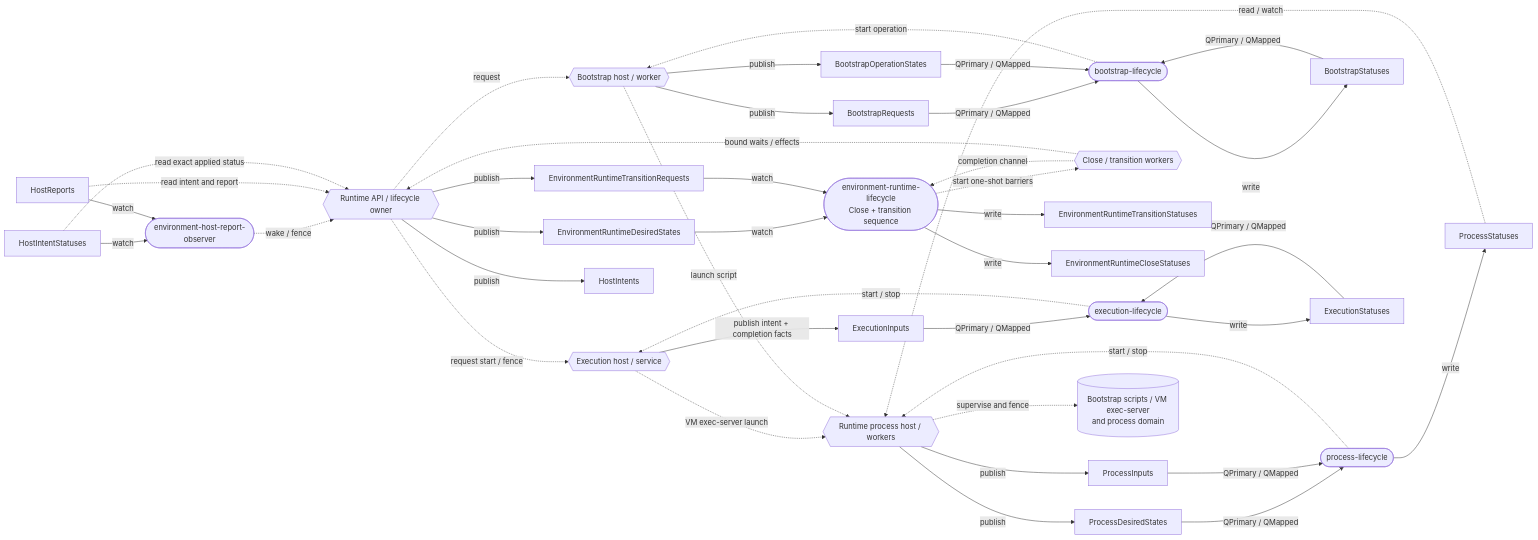
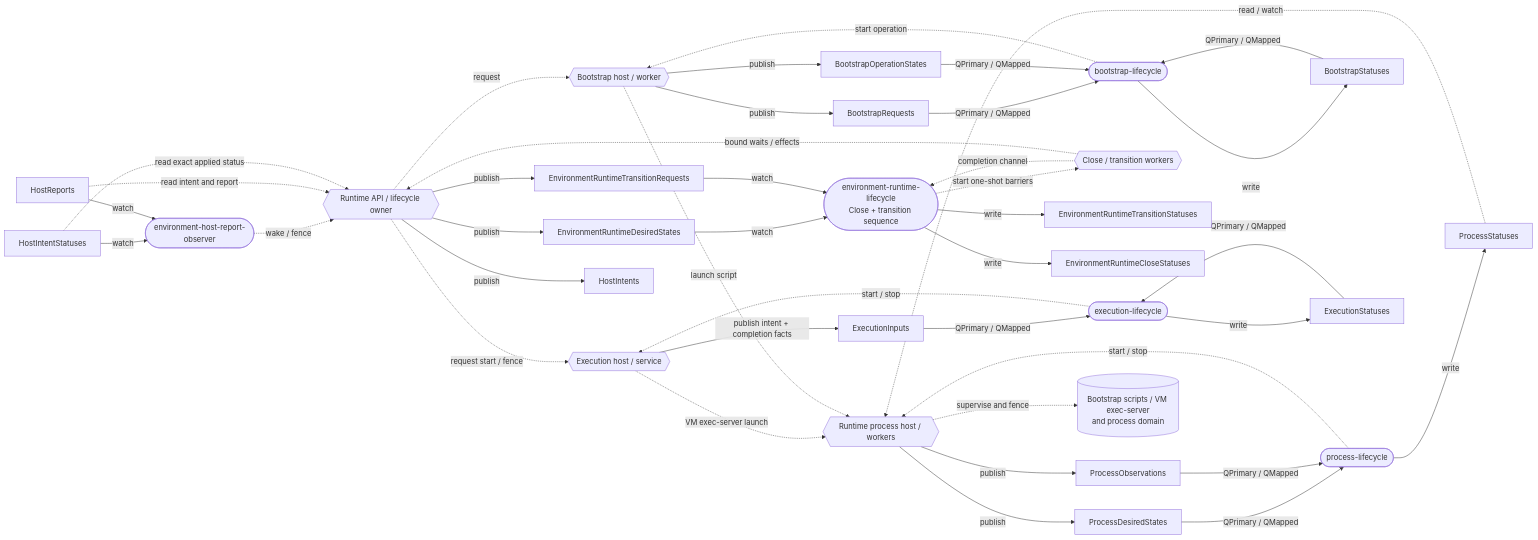
The first of 7 diagrams in agentplane/env/runtime/docs/cosi.md (agentydragon/ducktape), drawn with Mermaid before and after one commit. The commit also changed other lines of this file and 5 other files, not shown here.

````diff
--- a/agentplane/env/runtime/docs/cosi.md
+++ b/agentplane/env/runtime/docs/cosi.md
@@ -19,58 +19,58 @@
 ```mermaid
 flowchart LR
   API{{"Runtime API / lifecycle owner"}}
   BH{{"Bootstrap host / worker"}}
   PH{{"Runtime process host / workers"}}
   RC(["environment-runtime-lifecycle<br/>Close + transition sequence"])
   HO(["environment-host-report-observer"])
   BC(["bootstrap-lifecycle"])
   PC(["process-lifecycle"])
   EC(["execution-lifecycle"])
   EH{{"Execution host / service"}}
   CW{{"Close / transition workers"}}
   ED["EnvironmentRuntimeDesiredStates"]
   TR["EnvironmentRuntimeTransitionRequests"]
   TS["EnvironmentRuntimeTransitionStatuses"]
   CL["EnvironmentRuntimeCloseStatuses"]
   I["HostIntents"]
   IS["HostIntentStatuses"]
   R["HostReports"]
   BI["BootstrapRequests"]
   BO["BootstrapOperationStates"]
   BR["BootstrapStatuses"]
   PD["ProcessDesiredStates"]
-  PI["ProcessInputs"]
+  PI["ProcessObservations"]
   PS["ProcessStatuses"]
   EI["ExecutionInputs"]
   ER["ExecutionStatuses"]
   Native[("Bootstrap scripts / VM exec-server<br/>and process domain")]
 
   API -->|publish| ED & TR & I
   ED & TR -->|watch| RC
   RC -->|write| CL & TS
   RC -.->|start one-shot barriers| CW
   CW -.->|completion channel| RC
   CW -.->|bound waits / effects| API
   API -.->|request start / fence| EH
   EH -->|publish intent + completion facts| EI
   EI & ER -->|QPrimary / QMapped| EC
   EC -->|write| ER
   EC -.->|start / stop| EH
   EH -.->|VM exec-server launch| PH
   IS & R -->|watch| HO
   HO -.->|wake / fence| API
   R -.->|read intent and report| API
   IS -.->|read exact applied status| API
   API -.->|request| BH
   BH -->|publish| BI & BO
   BI & BO & BR -->|QPrimary / QMapped| BC
   BC -->|write| BR
   BC -.->|start operation| BH
   BH -.->|launch script| PH
   PH -->|publish| PD & PI
   PD & PI -->|QPrimary / QMapped| PC
   PC -->|write| PS
   PC -.->|start / stop| PH
   PH -.->|supervise and fence| Native
   PS -.->|read / watch| PH
 ```
````
